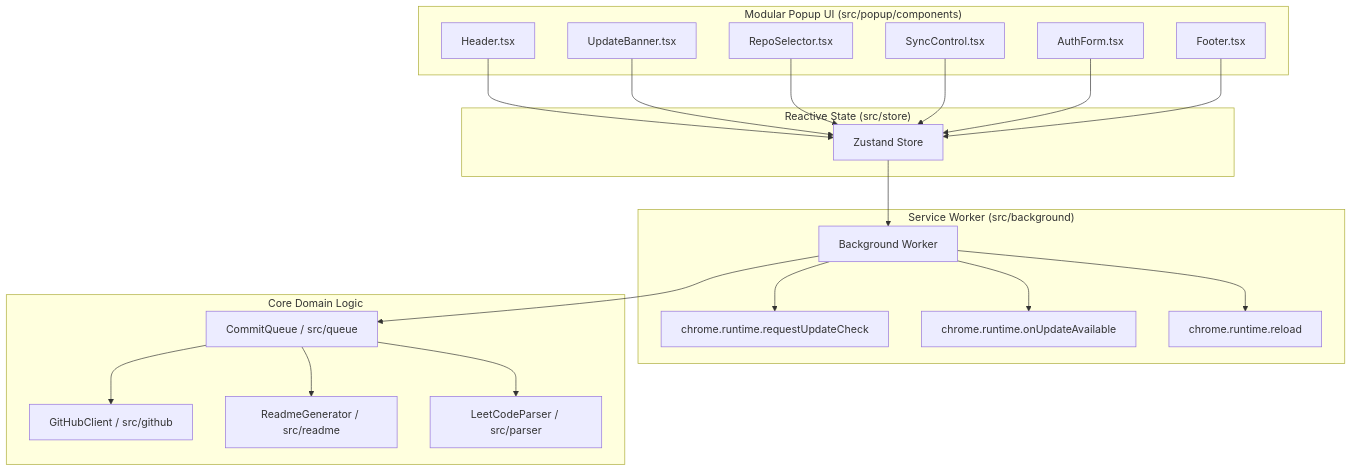
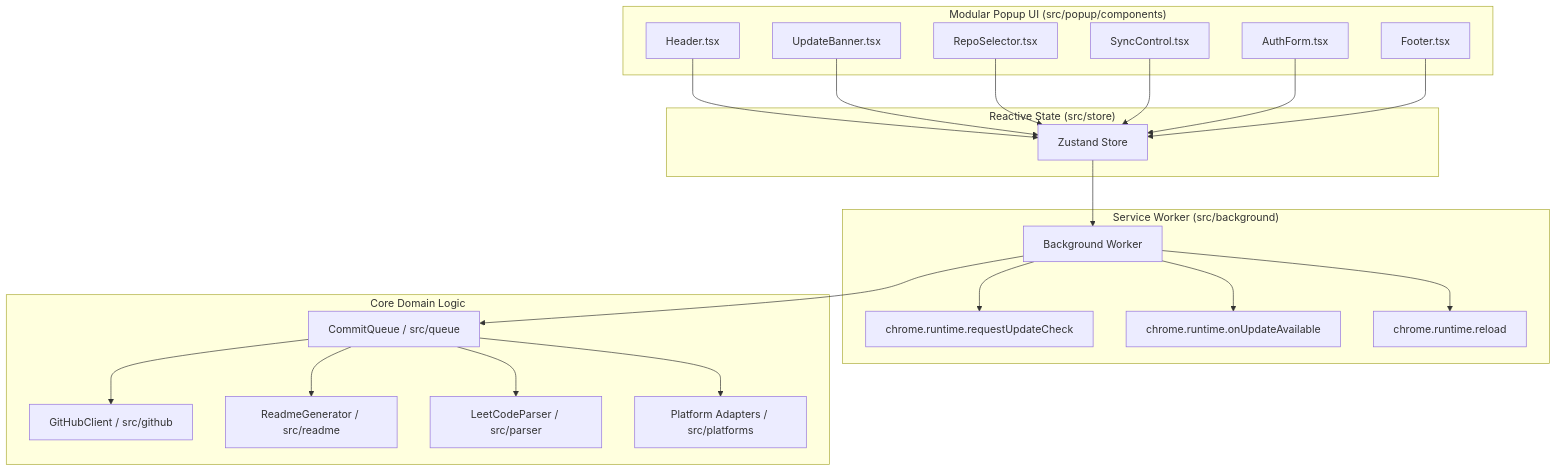
The diagram in document.md (pardeep1916P/codeSync), drawn with Mermaid before and after one commit. The commit also changed other lines of this file and 16 other files, not shown here.

````diff
--- a/document.md
+++ b/document.md
@@ -97,35 +97,36 @@
 ```mermaid
 flowchart TD
     subgraph UI ["Modular Popup UI (src/popup/components)"]
         HB[Header.tsx]
         UB[UpdateBanner.tsx]
         RC[RepoSelector.tsx]
         SC[SyncControl.tsx]
         AF[AuthForm.tsx]
         FT[Footer.tsx]
     end
 
     subgraph Store ["Reactive State (src/store)"]
         ZS[Zustand Store]
     end
 
     subgraph Background ["Service Worker (src/background)"]
         SW[Background Worker]
         UC[chrome.runtime.requestUpdateCheck]
         UA[chrome.runtime.onUpdateAvailable]
         RL[chrome.runtime.reload]
     end
 
     subgraph Domain ["Core Domain Logic"]
         CQ[CommitQueue / src/queue]
         GH[GitHubClient / src/github]
         RD[ReadmeGenerator / src/readme]
         PS[LeetCodeParser / src/parser]
+        PL[Platform Adapters / src/platforms]
     end
 
     HB & UB & RC & SC & AF & FT --> ZS
     ZS --> SW
     SW --> UC & UA & RL
     SW --> CQ
-    CQ --> GH & RD & PS
+    CQ --> GH & RD & PS & PL
 ```
````
